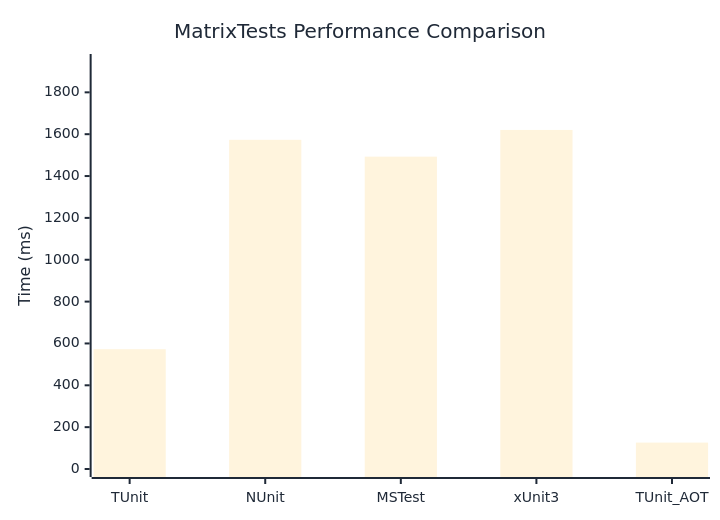
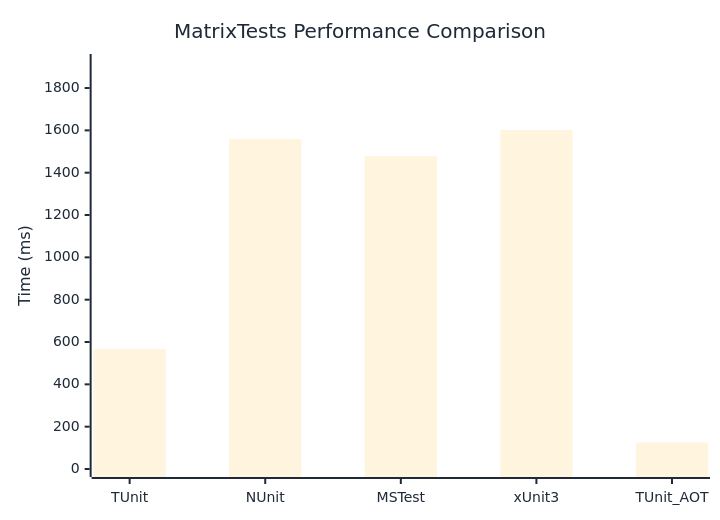
One commit to thomhurst/TUnit changed the diagram in docs/docs/benchmarks/MatrixTests.md. Above: the diagram before and after it, drawn with Mermaid. The commit also changed other lines of this file and 17 other files, not shown here.

````diff
--- a/docs/docs/benchmarks/MatrixTests.md
+++ b/docs/docs/benchmarks/MatrixTests.md
@@ -27,37 +27,37 @@
 ```mermaid
 %%{init: {
   'theme':'base',
   'themeVariables': {
     'primaryColor': '#2563eb',
     'primaryTextColor': '#1f2937',
     'primaryBorderColor': '#1e40af',
     'lineColor': '#6b7280',
     'secondaryColor': '#7c3aed',
     'tertiaryColor': '#dc2626',
     'background': '#ffffff',
     'mainBkg': '#2563eb',
     'secondBkg': '#7c3aed',
     'tertiaryBkg': '#dc2626',
     'clusterBkg': '#f3f4f6',
     'edgeLabelBackground': '#ffffff',
     'tertiaryTextColor': '#1f2937',
     'pie1': '#2563eb',
     'pie2': '#7c3aed',
     'pie3': '#dc2626',
     'pie4': '#f59e0b',
     'pie5': '#10b981',
     'pie6': '#06b6d4',
     'pie7': '#ec4899',
     'pie8': '#6366f1',
     'pie9': '#84cc16',
     'pie10': '#f97316',
     'pie11': '#14b8a6',
     'pie12': '#a855f7'
   }
 }}%%
 xychart-beta
   title "MatrixTests Performance Comparison"
   x-axis ["TUnit", "NUnit", "MSTest", "xUnit3", "TUnit_AOT"]
-  y-axis "Time (ms)" 0 --> 1945
-  bar [572.5, 1573.1, 1492.7, 1620.3, 126.2]
+  y-axis "Time (ms)" 0 --> 1923
+  bar [566.2, 1558.7, 1478.3, 1601.8, 126.1]
 ```
````
